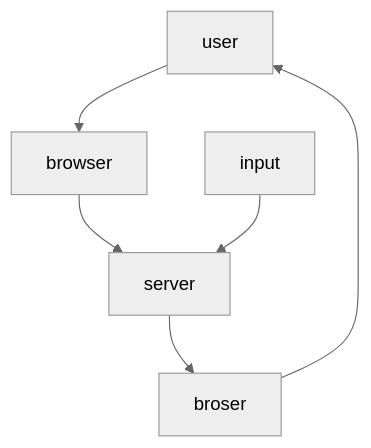
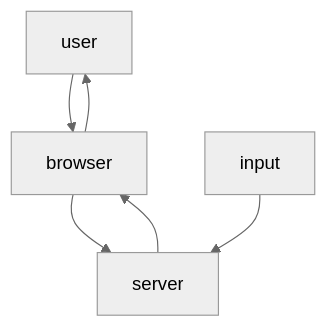
One commit to mafiadev/FullStack changed the diagram in part0/README.md. Above: the diagram before and after it, drawn with Mermaid (neutral theme).

````diff
--- a/part0/README.md
+++ b/part0/README.md
@@ -3,8 +3,8 @@
 ```mermaid
 graph TD;
 user-->browser;
 browser-->server;
-server-->broser;
-broser-->user;
+server-->browser;
+browser-->user;
 input-->server;
 ```
````
